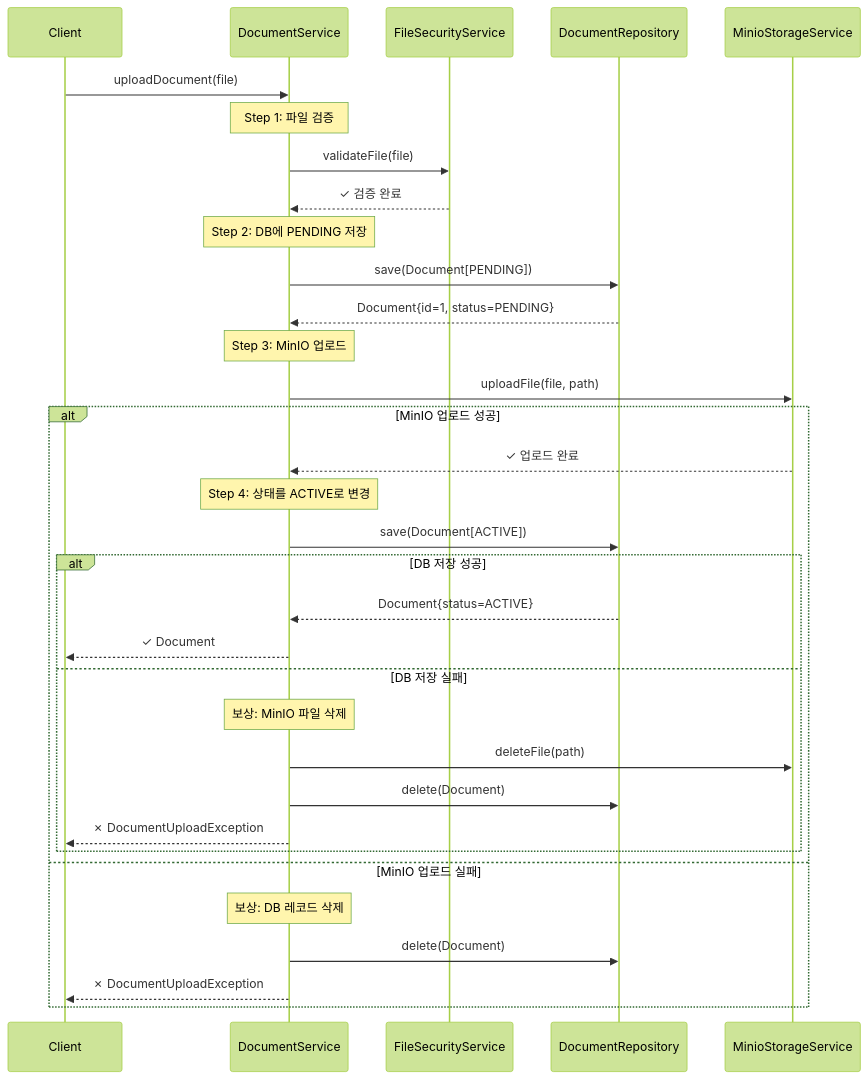
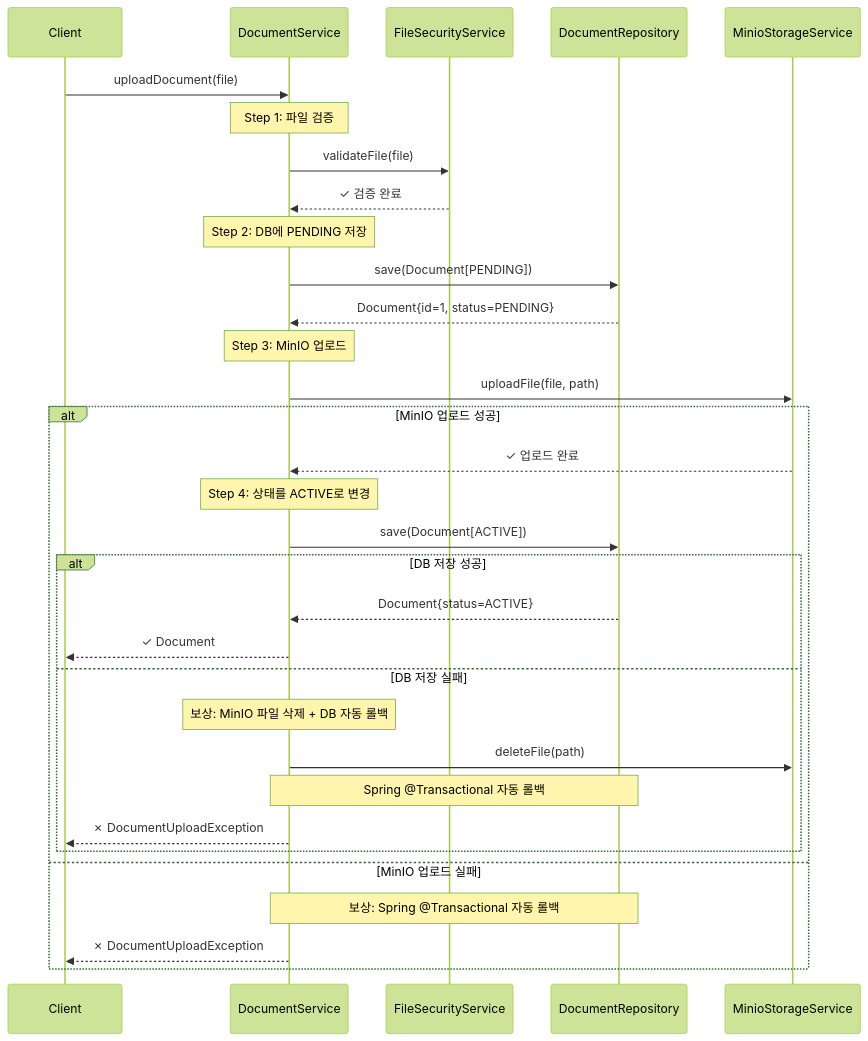
The first of 2 diagrams in docs/document-service-saga-pattern.md (taez224/onlyoffice-demo), drawn with Mermaid (forest theme) before and after one commit. The commit also changed other lines of this file and 4 other files, not shown here.

First line of the commit message:
refactor: Remove redundant DB transactions in DocumentService and improve exception handling

````diff
--- a/docs/document-service-saga-pattern.md
+++ b/docs/document-service-saga-pattern.md
@@ -33,40 +33,39 @@
 ```mermaid
 sequenceDiagram
     participant Client
     participant Service as DocumentService
     participant Security as FileSecurityService
     participant DB as DocumentRepository
     participant Storage as MinioStorageService
 
     Client->>Service: uploadDocument(file)
     
     Note over Service: Step 1: 파일 검증
     Service->>Security: validateFile(file)
     Security-->>Service: ✓ 검증 완료
     
     Note over Service: Step 2: DB에 PENDING 저장
     Service->>DB: save(Document[PENDING])
     DB-->>Service: Document{id=1, status=PENDING}
     
     Note over Service: Step 3: MinIO 업로드
     Service->>Storage: uploadFile(file, path)
     alt MinIO 업로드 성공
         Storage-->>Service: ✓ 업로드 완료
         
         Note over Service: Step 4: 상태를 ACTIVE로 변경
         Service->>DB: save(Document[ACTIVE])
         alt DB 저장 성공
             DB-->>Service: Document{status=ACTIVE}
             Service-->>Client: ✓ Document
         else DB 저장 실패
-            Note over Service: 보상: MinIO 파일 삭제
+            Note over Service: 보상: MinIO 파일 삭제 + DB 자동 롤백
             Service->>Storage: deleteFile(path)
-            Service->>DB: delete(Document)
+            Note over Service,DB: Spring @Transactional 자동 롤백
             Service-->>Client: ✗ DocumentUploadException
         end
     else MinIO 업로드 실패
-        Note over Service: 보상: DB 레코드 삭제
-        Service->>DB: delete(Document)
+        Note over Service,DB: 보상: Spring @Transactional 자동 롤백
         Service-->>Client: ✗ DocumentUploadException
     end
 ```
````
